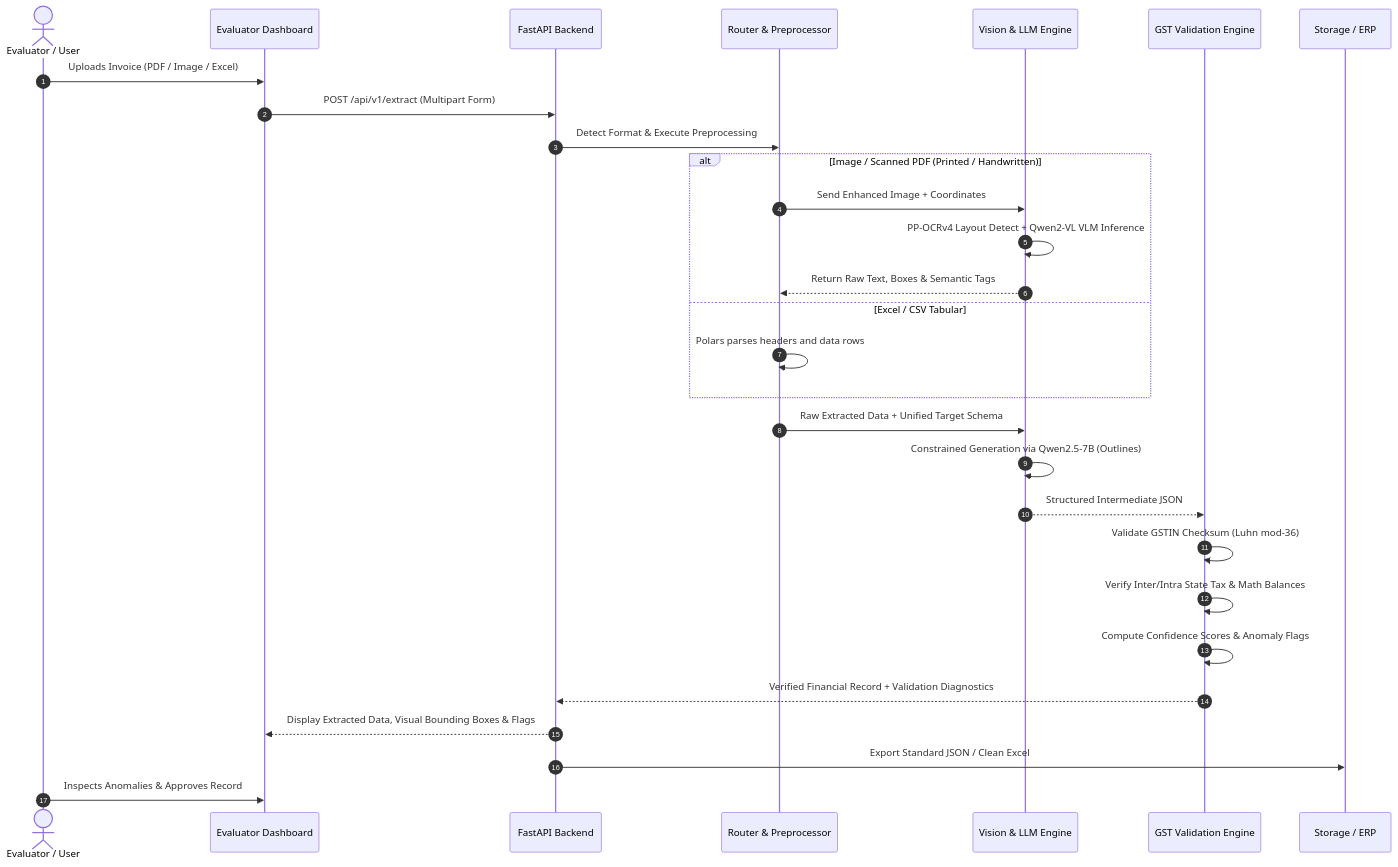
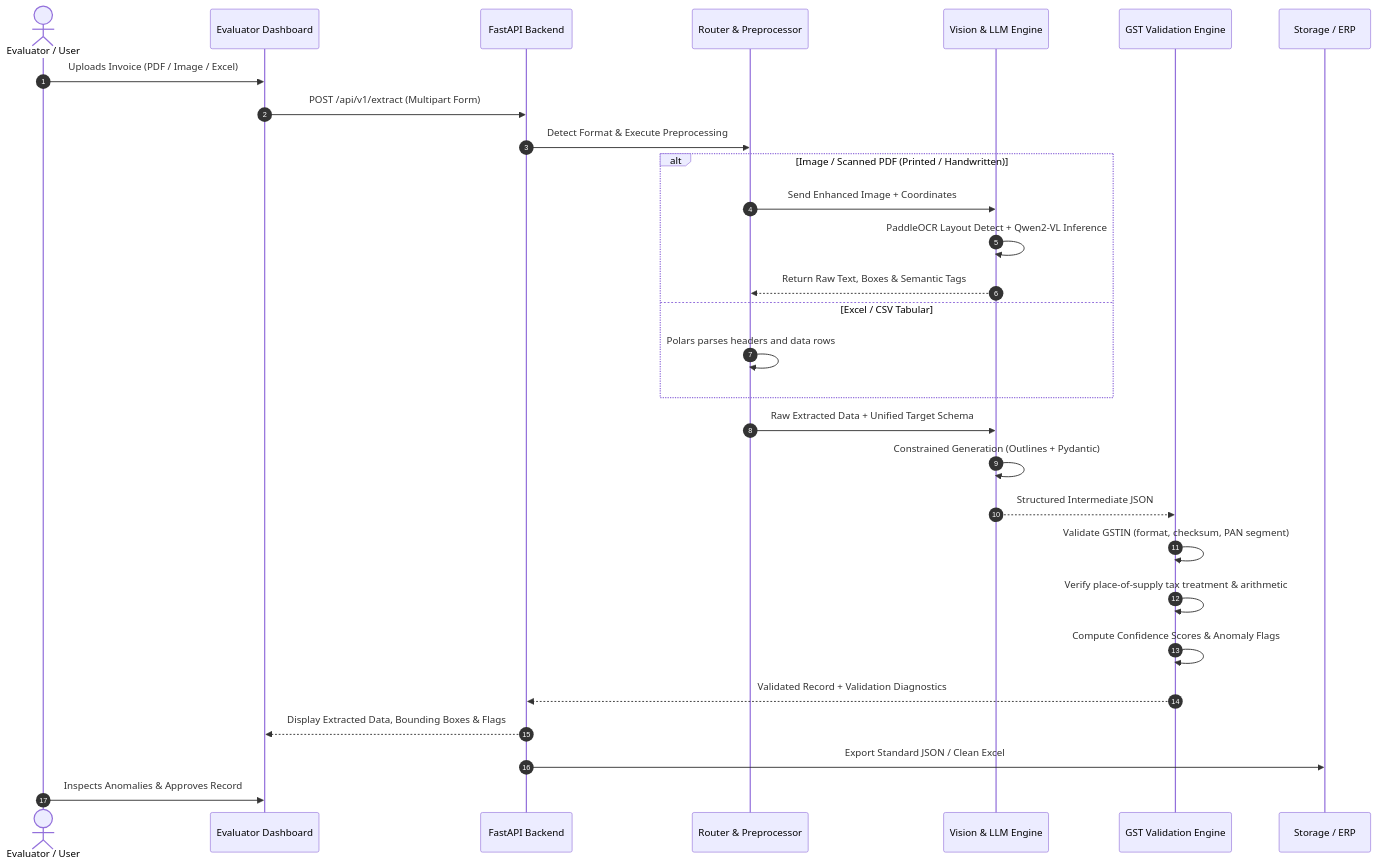
The third of 4 diagrams in README.md (Goldengrab/vyomflow-gst-intelligence), drawn with Mermaid before and after one commit. The commit also changed other lines of this file, not shown here.

````diff
--- a/README.md
+++ b/README.md
@@ -298,36 +301,36 @@
 ```mermaid
 sequenceDiagram
     autonumber
     actor Evaluator as Evaluator / User
     participant Frontend as Evaluator Dashboard
     participant API as FastAPI Backend
     participant Ingestion as Router & Preprocessor
     participant AI as Vision & LLM Engine
     participant Rules as GST Validation Engine
     participant Output as Storage / ERP
 
     Evaluator->>Frontend: Uploads Invoice (PDF / Image / Excel)
     Frontend->>API: POST /api/v1/extract (Multipart Form)
     API->>Ingestion: Detect Format & Execute Preprocessing
-    
+
     alt Image / Scanned PDF (Printed / Handwritten)
         Ingestion->>AI: Send Enhanced Image + Coordinates
-        AI->>AI: PP-OCRv4 Layout Detect + Qwen2-VL VLM Inference
+        AI->>AI: PaddleOCR Layout Detect + Qwen2-VL Inference
         AI-->>Ingestion: Return Raw Text, Boxes & Semantic Tags
     else Excel / CSV Tabular
         Ingestion->>Ingestion: Polars parses headers and data rows
     end
 
     Ingestion->>AI: Raw Extracted Data + Unified Target Schema
-    AI->>AI: Constrained Generation via Qwen2.5-7B (Outlines)
+    AI->>AI: Constrained Generation (Outlines + Pydantic)
     AI-->>Rules: Structured Intermediate JSON
 
-    Rules->>Rules: Validate GSTIN Checksum (Luhn mod-36)
-    Rules->>Rules: Verify Inter/Intra State Tax & Math Balances
+    Rules->>Rules: Validate GSTIN (format, checksum, PAN segment)
+    Rules->>Rules: Verify place-of-supply tax treatment & arithmetic
     Rules->>Rules: Compute Confidence Scores & Anomaly Flags
 
-    Rules-->>API: Verified Financial Record + Validation Diagnostics
-    API-->>Frontend: Display Extracted Data, Visual Bounding Boxes & Flags
+    Rules-->>API: Validated Record + Validation Diagnostics
+    API-->>Frontend: Display Extracted Data, Bounding Boxes & Flags
     API->>Output: Export Standard JSON / Clean Excel
     Evaluator->>Frontend: Inspects Anomalies & Approves Record
 ```
````
